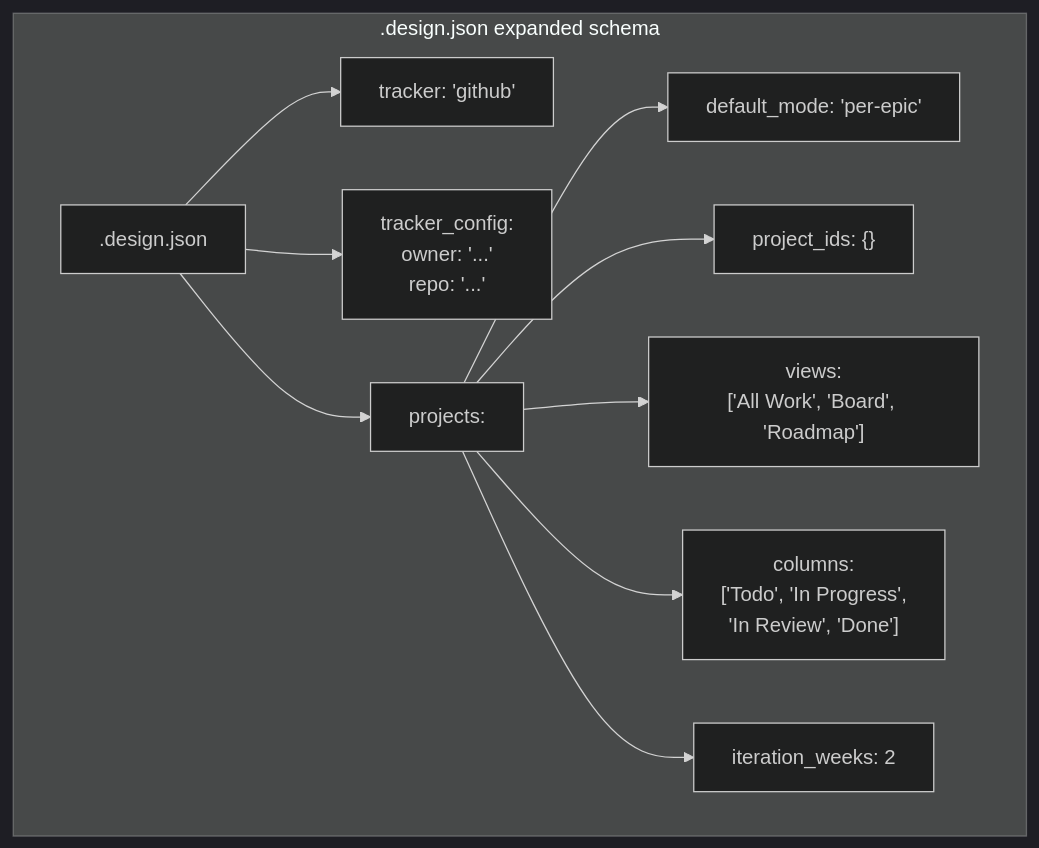
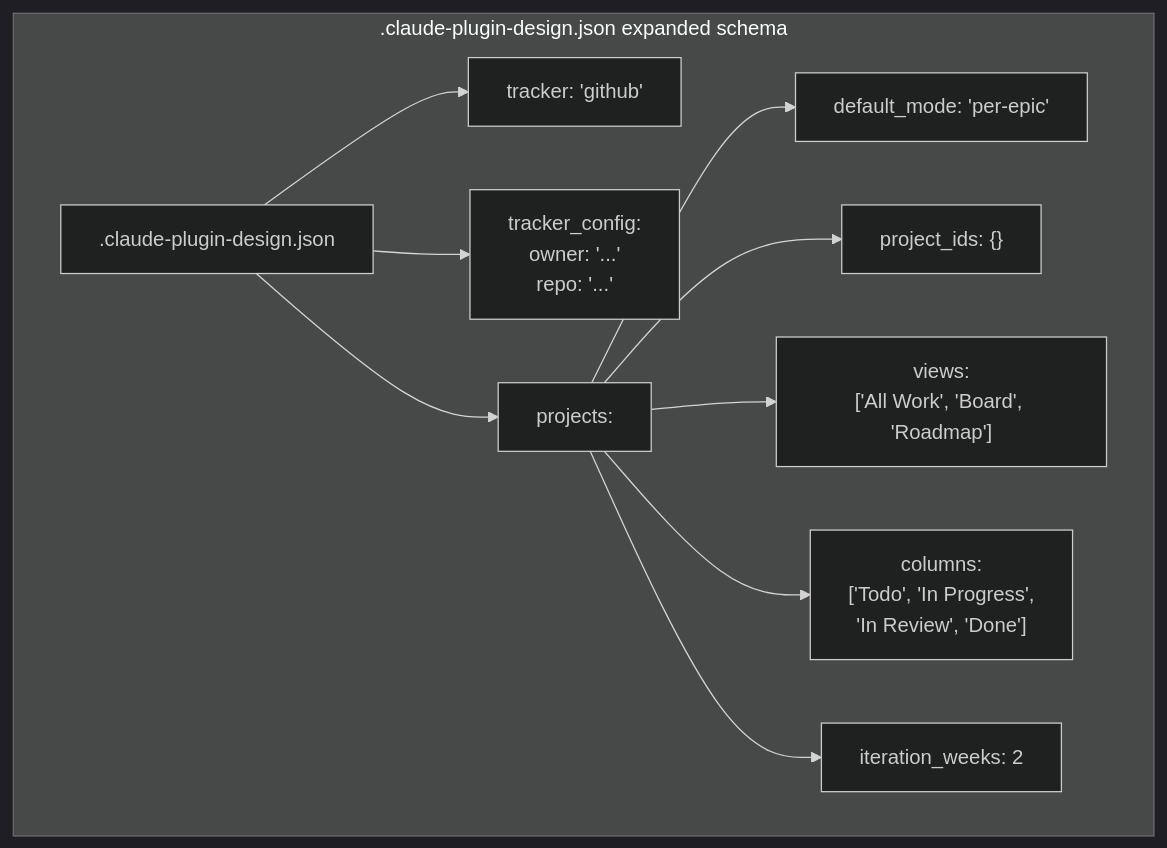
The fourth of 4 diagrams in docs/openspec/specs/project-workspace-enrichment/design.md (joestump/claude-plugin-design), drawn with Mermaid (dark theme) before and after one commit. The commit also changed other lines of this file and 24 other files, not shown here.

First line of the commit message:
Rename .design.json to .claude-plugin-design.json, add Configuration docs

````diff
--- a/docs/openspec/specs/project-workspace-enrichment/design.md
+++ b/docs/openspec/specs/project-workspace-enrichment/design.md
@@ -159,14 +159,14 @@
 ```mermaid
 flowchart TD
-    subgraph ".design.json expanded schema"
-        root[".design.json"]
+    subgraph ".claude-plugin-design.json expanded schema"
+        root[".claude-plugin-design.json"]
         root --> tracker["tracker: 'github'"]
         root --> tc["tracker_config:\n  owner: '...'\n  repo: '...'"]
         root --> projects["projects:"]
         projects --> dm["default_mode: 'per-epic'"]
         projects --> pi["project_ids: {}"]
         projects --> views["views:\n['All Work', 'Board', 'Roadmap']"]
         projects --> columns["columns:\n['Todo', 'In Progress',\n'In Review', 'Done']"]
         projects --> iw["iteration_weeks: 2"]
     end
 ```
````
